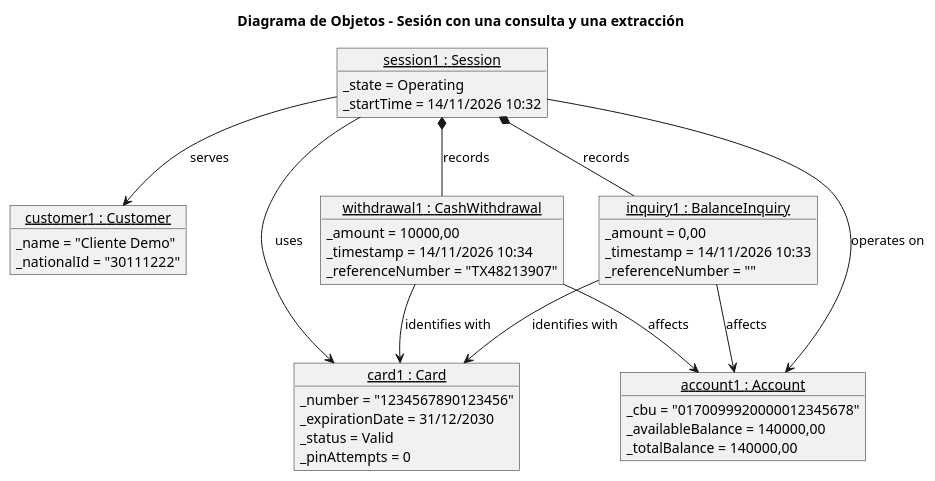
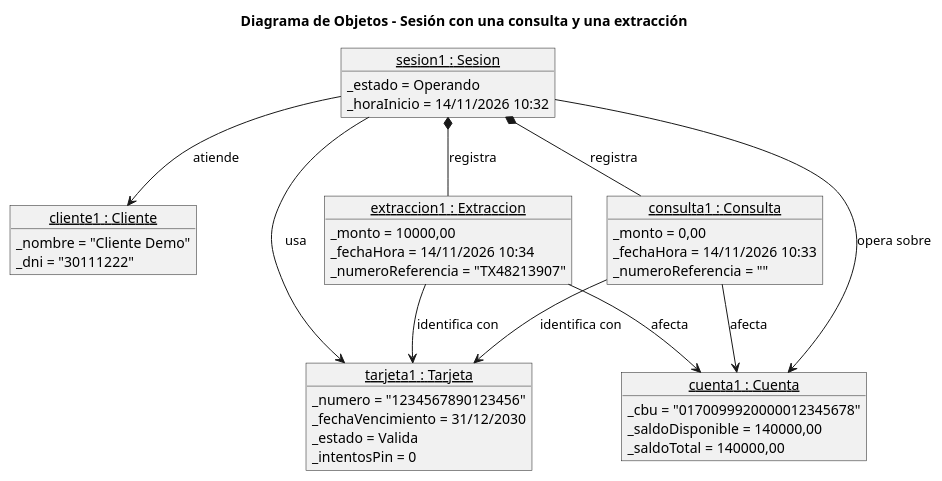
The diagram in diseno-e-implementacion-de-sistemas/trabajo-integrador/diagrams/09_objetos.puml (4l3j0Ok/institute-third-year), drawn with PlantUML before and after one commit. The commit also changed 55 other files, not shown here.

```diff
--- a/diseno-e-implementacion-de-sistemas/trabajo-integrador/diagrams/09_objetos.puml
+++ b/diseno-e-implementacion-de-sistemas/trabajo-integrador/diagrams/09_objetos.puml
@@ -1,49 +1,49 @@
 @startuml 09_objetos
 title Diagrama de Objetos - Sesión con una consulta y una extracción
 skinparam shadowing false
 
-object "<u>session1 : Session</u>" as session1 {
-  _state = Operating
-  _startTime = 14/11/2026 10:32
+object "<u>sesion1 : Sesion</u>" as sesion1 {
+  _estado = Operando
+  _horaInicio = 14/11/2026 10:32
 }
 
-object "<u>customer1 : Customer</u>" as customer1 {
-  _name = "Cliente Demo"
-  _nationalId = "30111222"
+object "<u>cliente1 : Cliente</u>" as cliente1 {
+  _nombre = "Cliente Demo"
+  _dni = "30111222"
 }
 
-object "<u>card1 : Card</u>" as card1 {
-  _number = "1234567890123456"
-  _expirationDate = 31/12/2030
-  _status = Valid
-  _pinAttempts = 0
+object "<u>tarjeta1 : Tarjeta</u>" as tarjeta1 {
+  _numero = "1234567890123456"
+  _fechaVencimiento = 31/12/2030
+  _estado = Valida
+  _intentosPin = 0
 }
 
-object "<u>account1 : Account</u>" as account1 {
+object "<u>cuenta1 : Cuenta</u>" as cuenta1 {
   _cbu = "0170099920000012345678"
-  _availableBalance = 140000,00
-  _totalBalance = 140000,00
+  _saldoDisponible = 140000,00
+  _saldoTotal = 140000,00
 }
 
-object "<u>inquiry1 : BalanceInquiry</u>" as inquiry1 {
-  _amount = 0,00
-  _timestamp = 14/11/2026 10:33
-  _referenceNumber = ""
+object "<u>consulta1 : Consulta</u>" as consulta1 {
+  _monto = 0,00
+  _fechaHora = 14/11/2026 10:33
+  _numeroReferencia = ""
 }
 
-object "<u>withdrawal1 : CashWithdrawal</u>" as withdrawal1 {
-  _amount = 10000,00
-  _timestamp = 14/11/2026 10:34
-  _referenceNumber = "TX48213907"
+object "<u>extraccion1 : Extraccion</u>" as extraccion1 {
+  _monto = 10000,00
+  _fechaHora = 14/11/2026 10:34
+  _numeroReferencia = "TX48213907"
 }
 
-session1 --> customer1 : serves
-session1 --> card1 : uses
-session1 --> account1 : operates on
-session1 *-- inquiry1 : records
-session1 *-- withdrawal1 : records
-inquiry1 --> card1 : identifies with
-inquiry1 --> account1 : affects
-withdrawal1 --> card1 : identifies with
-withdrawal1 --> account1 : affects
+sesion1 --> cliente1 : atiende
+sesion1 --> tarjeta1 : usa
+sesion1 --> cuenta1 : opera sobre
+sesion1 *-- consulta1 : registra
+sesion1 *-- extraccion1 : registra
+consulta1 --> tarjeta1 : identifica con
+consulta1 --> cuenta1 : afecta
+extraccion1 --> tarjeta1 : identifica con
+extraccion1 --> cuenta1 : afecta
 @enduml
```
